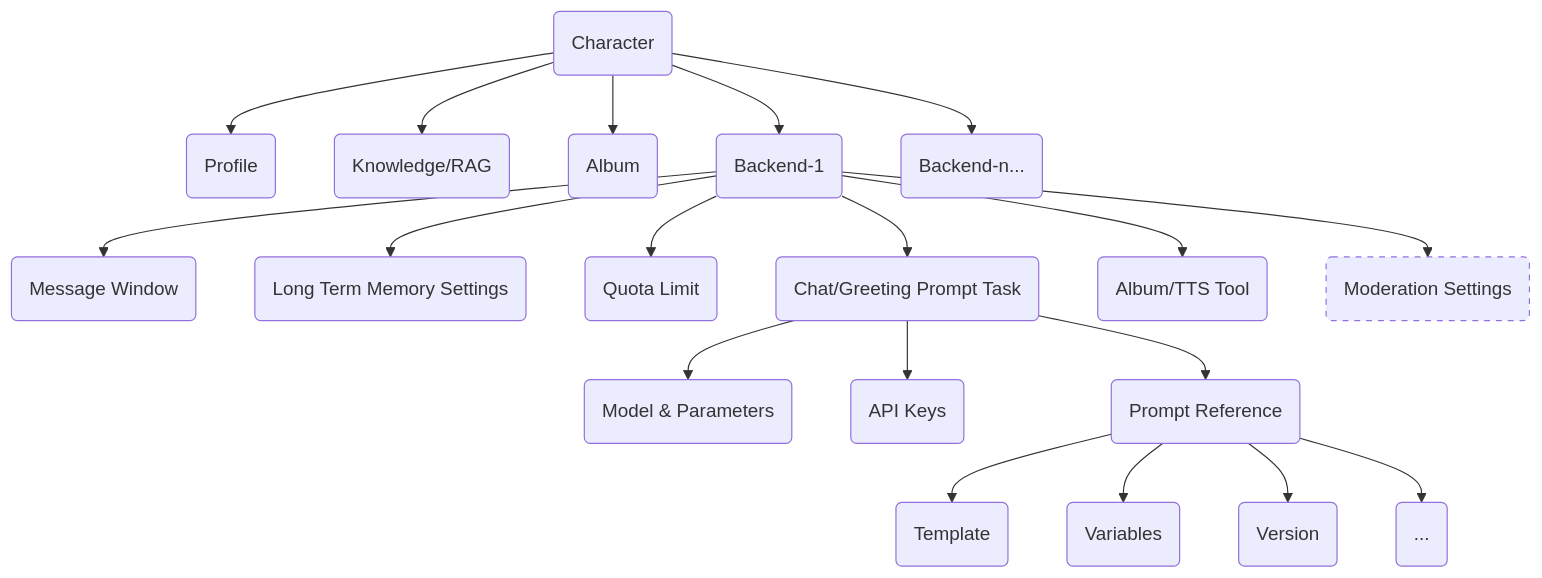
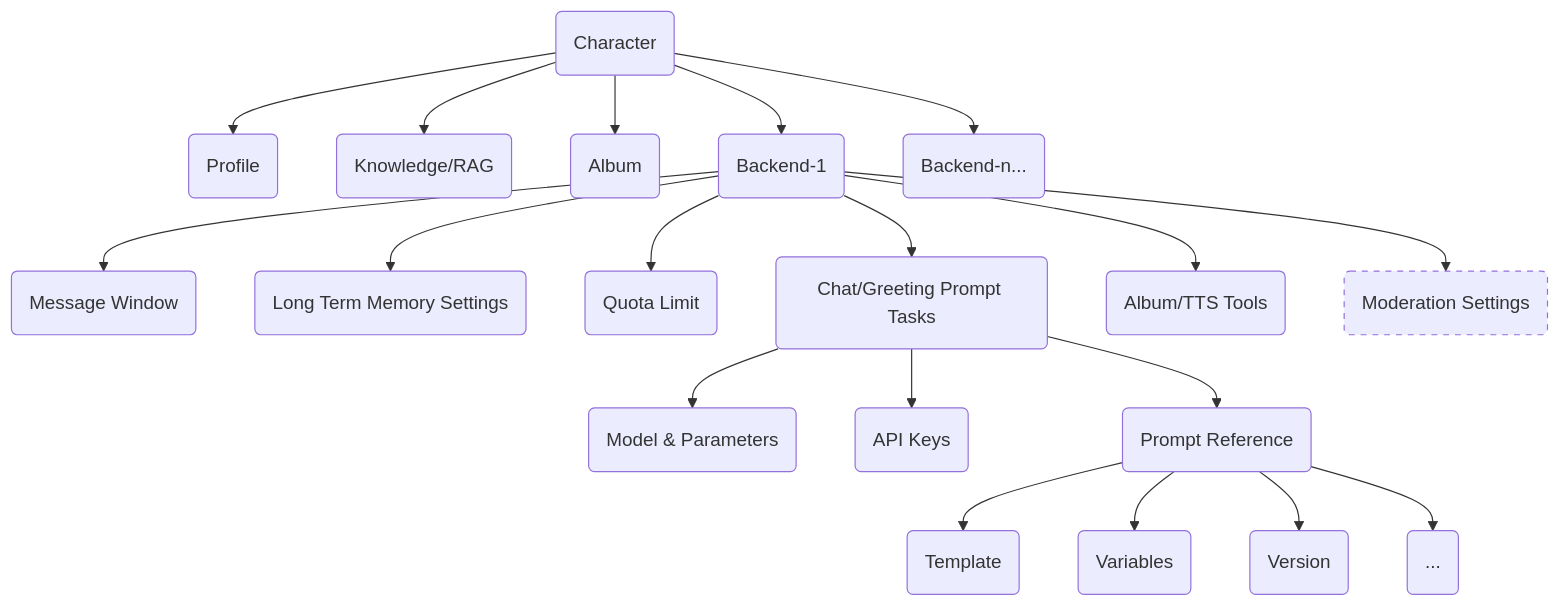
One commit to freechat-fun/freechat changed the diagram in README.md. Above: the diagram before and after it, drawn with Mermaid. The commit also changed 1 other file, not shown here.

````diff
--- a/README.md
+++ b/README.md
@@ -41,22 +41,22 @@
 ```mermaid
 flowchart TD
     A(Character) --> B(Profile)
     A --> C(Knowledge/RAG)
     A --> D(Album)
     A --> E(Backend-1)
     A --> F(Backend-n...)
     E --> G(Message Window)
     E --> H(Long Term Memory Settings)
     E --> I(Quota Limit)
-    E --> J(Chat/Greeting Prompt Task)
-    E --> P(Album/TTS Tool)
+    E --> J(Chat/Greeting Prompt Tasks)
+    E --> P(Album/TTS Tools)
     E --> L(Moderation Settings)
     J --> M(Model & Parameters)
     J --> N(API Keys)
     J --> O(Prompt Reference)
     O --> R(Template)
     O --> S(Variables)
     O --> T(Version)
     O --> U(...)
     style L stroke-dasharray: 5, 5
 ```
````
